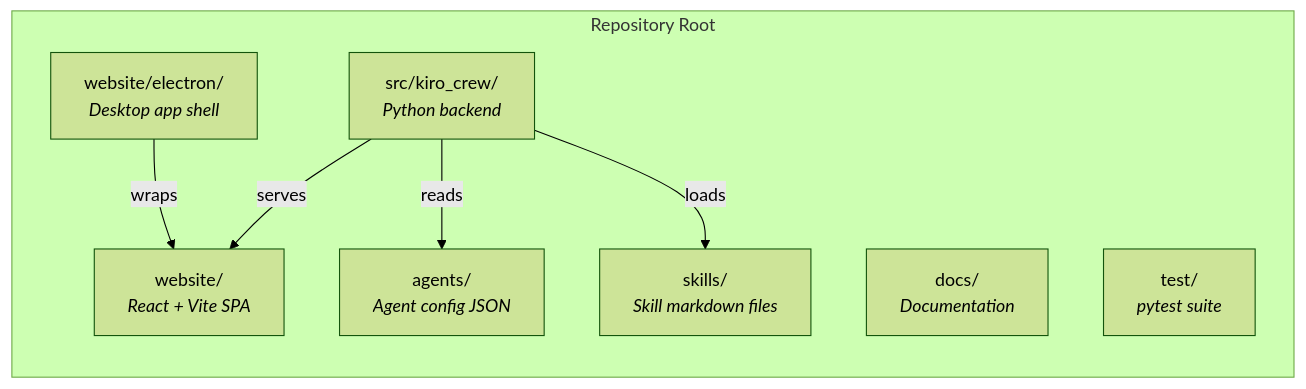
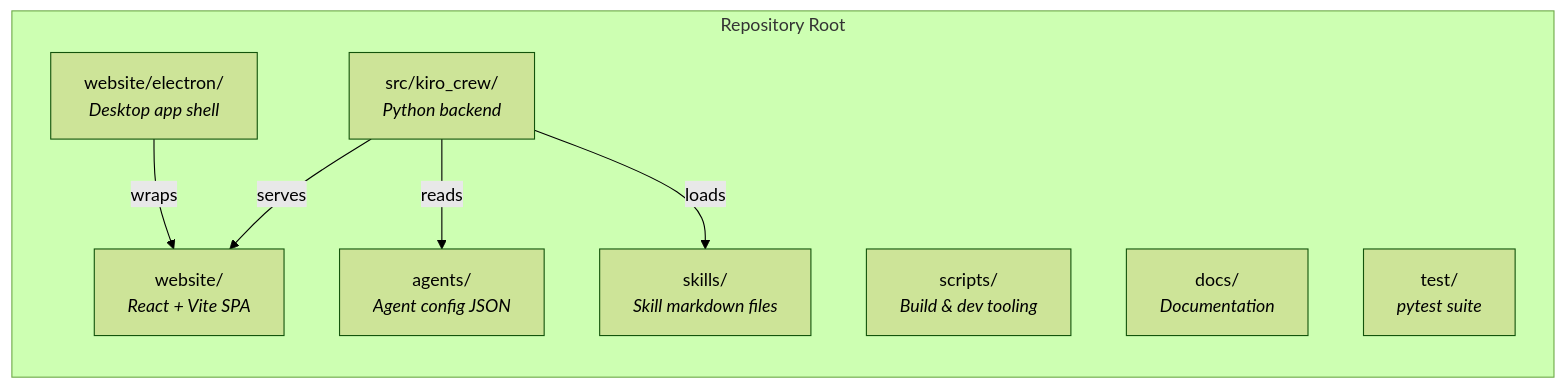
One commit to Arin016/KiroCrew changed the third of 10 diagrams in docs/project-architecture.md. Above: the diagram before and after it, drawn with Mermaid (forest theme). The commit also changed other lines of this file and 11 other files, not shown here.

````diff
--- a/docs/project-architecture.md
+++ b/docs/project-architecture.md
@@ -82,18 +82,19 @@
 ```mermaid
 graph LR
     subgraph "Repository Root"
         direction TB
         SRC["src/kiro_crew/<br/><i>Python backend</i>"]
         WEB["website/<br/><i>React + Vite SPA</i>"]
         ELEC["website/electron/<br/><i>Desktop app shell</i>"]
         AGENTS["agents/<br/><i>Agent config JSON</i>"]
         SKILLS["skills/<br/><i>Skill markdown files</i>"]
+        SCRIPTS["scripts/<br/><i>Build & dev tooling</i>"]
         DOCS["docs/<br/><i>Documentation</i>"]
         TEST["test/<br/><i>pytest suite</i>"]
     end
 
     SRC --> |"serves"| WEB
     ELEC --> |"wraps"| WEB
     SRC --> |"reads"| AGENTS
     SRC --> |"loads"| SKILLS
 ```
````
